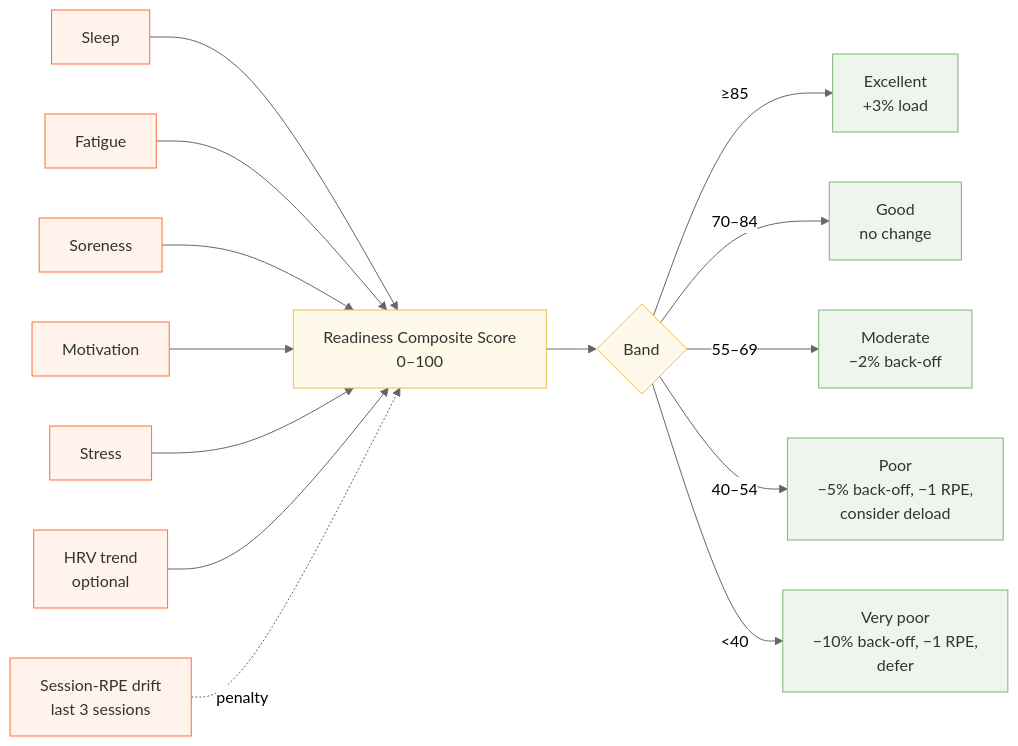
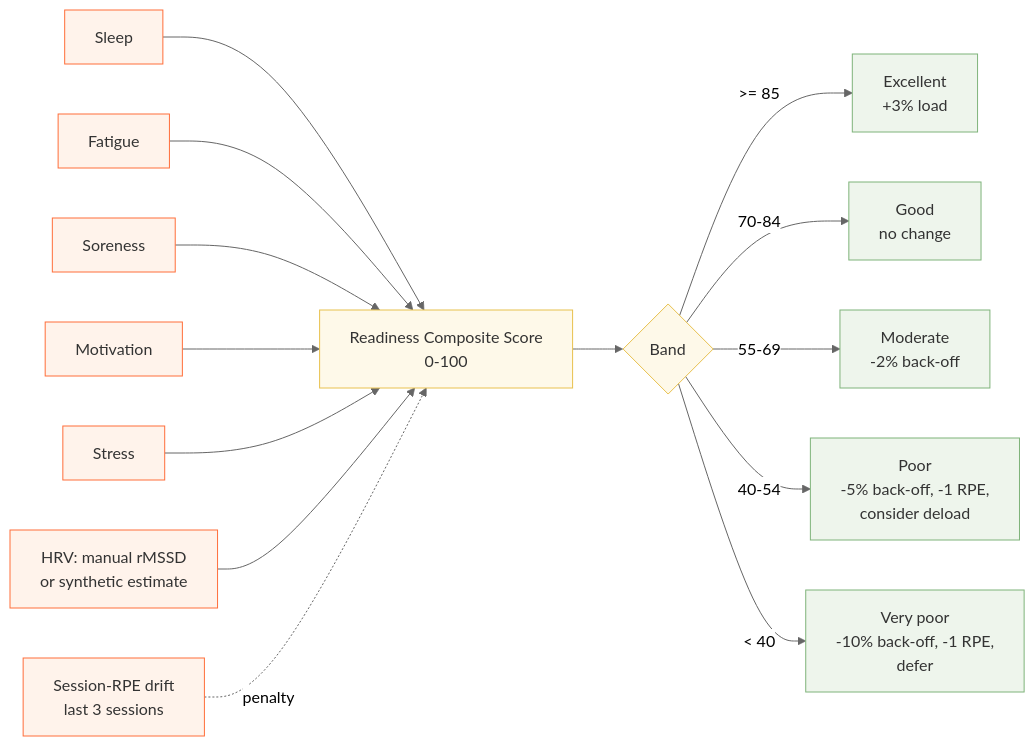
The fifth of 8 diagrams in docs/program-generation.md (taylorelley/tensile), drawn with Mermaid (neutral theme) before and after one commit. The commit also changed other lines of this file, not shown here.

````diff
--- a/docs/program-generation.md
+++ b/docs/program-generation.md
@@ -271,24 +315,24 @@
 ```mermaid
 flowchart LR
   W1[Sleep] --> RCS
   W2[Fatigue] --> RCS
   W3[Soreness] --> RCS
   W4[Motivation] --> RCS
   W5[Stress] --> RCS
-  HRV[HRV trend<br/>optional] --> RCS
+  HRV[HRV: manual rMSSD<br/>or synthetic estimate] --> RCS
   RPED[Session-RPE drift<br/>last 3 sessions] -.penalty.-> RCS
 
-  RCS[Readiness Composite Score<br/>0–100] --> B{Band}
-  B -->|≥85| E[Excellent<br/>+3% load]
-  B -->|70–84| G[Good<br/>no change]
-  B -->|55–69| M[Moderate<br/>−2% back-off]
-  B -->|40–54| P[Poor<br/>−5% back-off, −1 RPE,<br/>consider deload]
-  B -->|<40| V[Very poor<br/>−10% back-off, −1 RPE,<br/>defer]
+  RCS[Readiness Composite Score<br/>0-100] --> B{Band}
+  B -->|>= 85| E[Excellent<br/>+3% load]
+  B -->|70-84| G[Good<br/>no change]
+  B -->|55-69| M[Moderate<br/>-2% back-off]
+  B -->|40-54| P[Poor<br/>-5% back-off, -1 RPE,<br/>consider deload]
+  B -->|&lt; 40| V[Very poor<br/>-10% back-off, -1 RPE,<br/>defer]
 
   classDef input fill:#fff3eb,stroke:#ff6e3a,color:#333;
   classDef score fill:#fef9e9,stroke:#e8c14e,color:#333;
   classDef band fill:#eef5ec,stroke:#7fb37a,color:#333;
   class W1,W2,W3,W4,W5,HRV,RPED input;
   class RCS,B score;
   class E,G,M,P,V band;
 ```
````
